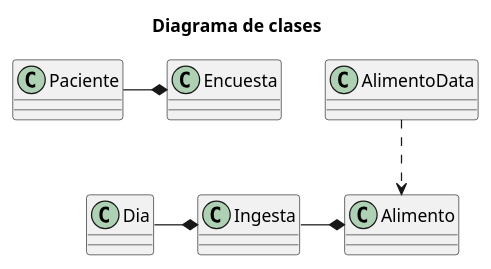
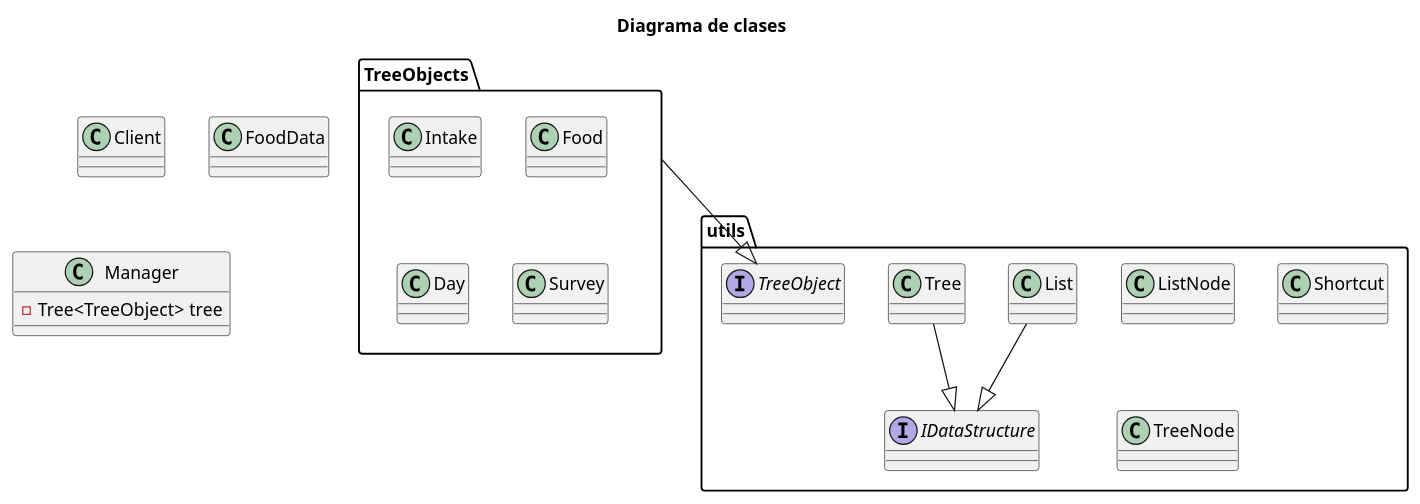
One commit to mmasias/23-24-eda1 changed the diagram in entregas/pabloArce/Reto-007/DiagramaDeClases.puml. Above: the diagram before and after it, drawn with PlantUML. The commit also changed 2 other files, not shown here.

Commit message:
Borrar codigo muerto y diagrama puml

```diff
--- a/entregas/pabloArce/Reto-007/DiagramaDeClases.puml
+++ b/entregas/pabloArce/Reto-007/DiagramaDeClases.puml
@@ -1,22 +1,37 @@
 @startuml
 
     title Diagrama de clases
 
-    class Encuesta
+    class Client
 
-    class Paciente
+    class FoodData
 
-    class Dia
+    class Manager {
+        - Tree<TreeObject> tree
+    }
 
-    class Ingesta
+    package TreeObjects{
+        class Intake
+        class Food
+        class Day
+        class Survey
 
-    class Alimento
+    }
+    package utils {
+        interface IDataStructure
+        class List
+        class ListNode
+        class Shortcut
+        class Tree
+        class TreeNode
+        interface TreeObject
+    }
 
-    class AlimentoData
 
-    Paciente -* Encuesta
-    Dia -* Ingesta
-    Ingesta -* Alimento
-    AlimentoData ..> Alimento
+
+    Tree --|> IDataStructure
+    List --|> IDataStructure
+
+    TreeObjects --|> TreeObject
 
 @enduml
```
